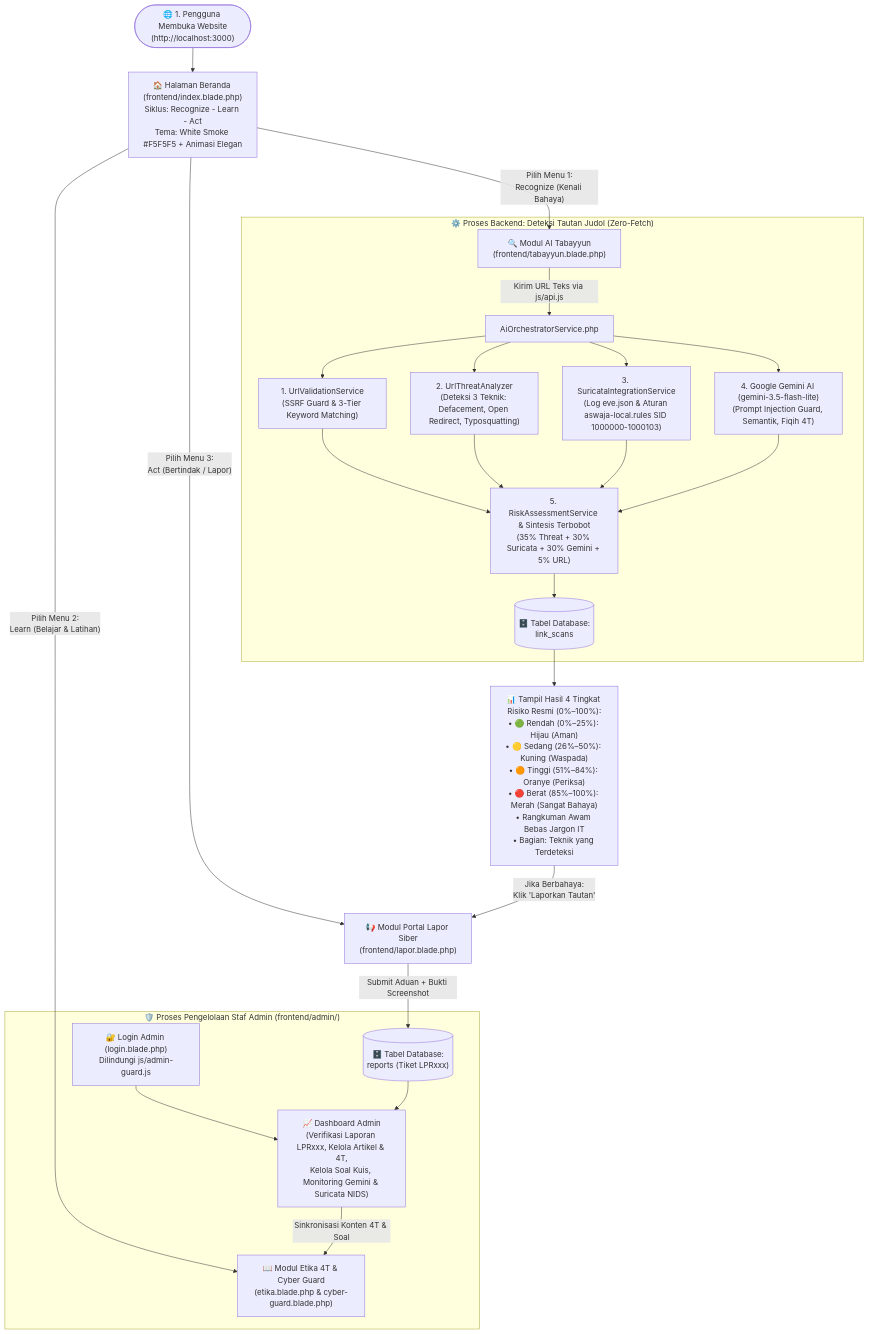
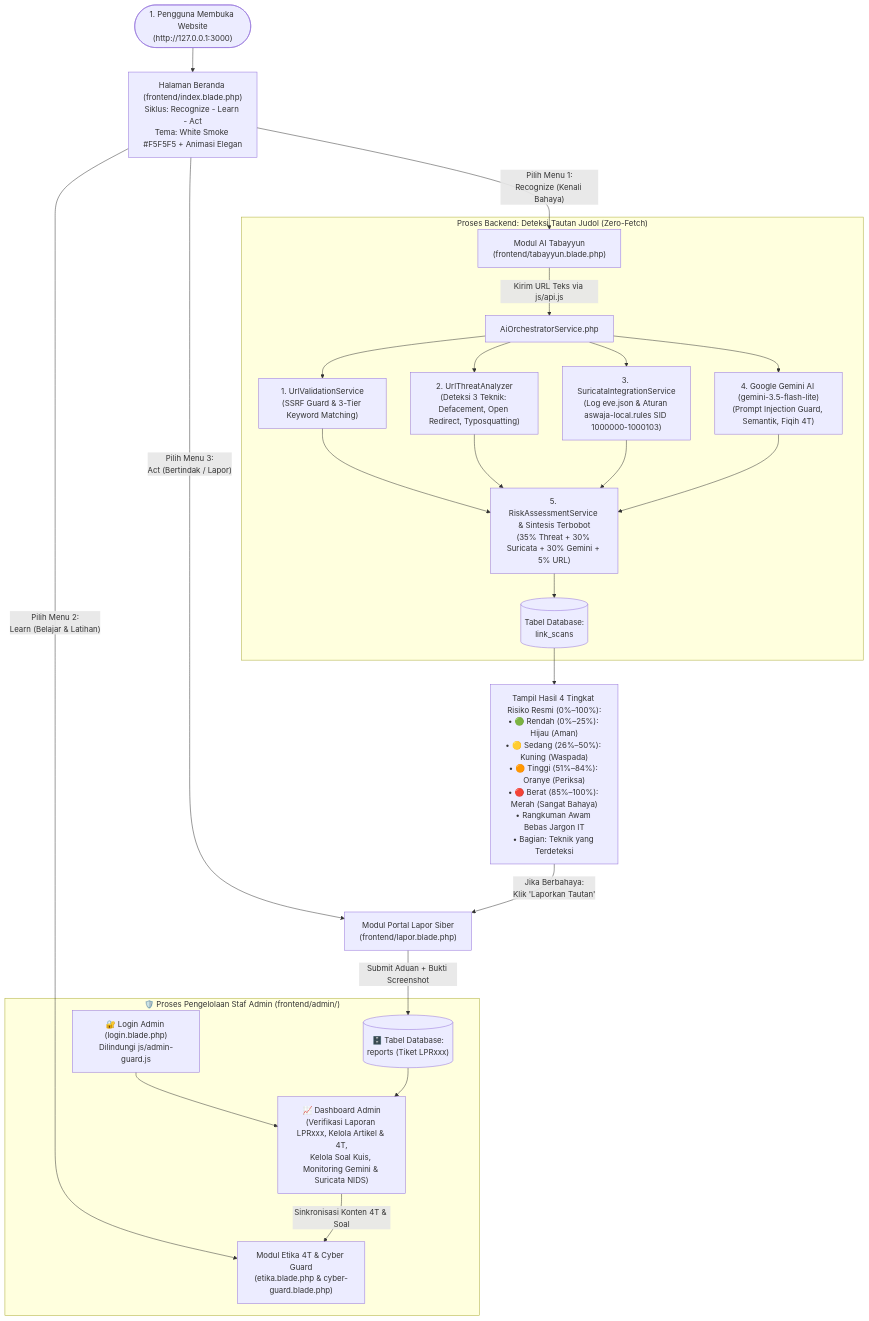
One commit to makecoding2110-beep/aswaja_cybershield changed the diagram in SISTEM_KERJA_WEB.md. Above: the diagram before and after it, drawn with Mermaid. The commit also changed other lines of this file, not shown here.

Commit message:
rapikan teks

````diff
--- a/SISTEM_KERJA_WEB.md
+++ b/SISTEM_KERJA_WEB.md
@@ -10,32 +10,32 @@
 ```mermaid
 flowchart TD
-    Start(["🌐 1. Pengguna Membuka Website\n(http://localhost:3000)"]) --> Landing["🏠 Halaman Beranda (frontend/index.blade.php)\nSiklus: Recognize - Learn - Act\nTema: White Smoke #F5F5F5 + Animasi Elegan"]
+    Start(["1. Pengguna Membuka Website\n(http://127.0.0.1:3000)"]) --> Landing[" Halaman Beranda (frontend/index.blade.php)\nSiklus: Recognize - Learn - Act\nTema: White Smoke #F5F5F5 + Animasi Elegan"]
 
-    Landing -->|"Pilih Menu 1:\nRecognize (Kenali Bahaya)"| Tabayyun["🔍 Modul AI Tabayyun\n(frontend/tabayyun.blade.php)"]
-    Landing -->|"Pilih Menu 2:\nLearn (Belajar & Latihan)"| Learn["📖 Modul Etika 4T & Cyber Guard\n(etika.blade.php & cyber-guard.blade.php)"]
-    Landing -->|"Pilih Menu 3:\nAct (Bertindak / Lapor)"| Lapor["📢 Modul Portal Lapor Siber\n(frontend/lapor.blade.php)"]
+    Landing -->|"Pilih Menu 1:\nRecognize (Kenali Bahaya)"| Tabayyun["Modul AI Tabayyun\n(frontend/tabayyun.blade.php)"]
+    Landing -->|"Pilih Menu 2:\nLearn (Belajar & Latihan)"| Learn["Modul Etika 4T & Cyber Guard\n(etika.blade.php & cyber-guard.blade.php)"]
+    Landing -->|"Pilih Menu 3:\nAct (Bertindak / Lapor)"| Lapor["Modul Portal Lapor Siber\n(frontend/lapor.blade.php)"]
 
-    subgraph MesinDeteksi["⚙️ Proses Backend: Deteksi Tautan Judol (Zero-Fetch)"]
+    subgraph MesinDeteksi["Proses Backend: Deteksi Tautan Judol (Zero-Fetch)"]
         Tabayyun -->|"Kirim URL Teks via js/api.js"| Orch["AiOrchestratorService.php"]
         Orch --> Step1["1. UrlValidationService\n(SSRF Guard & 3-Tier Keyword Matching)"]
         Orch --> Step2["2. UrlThreatAnalyzer\n(Deteksi 3 Teknik: Defacement, Open Redirect, Typosquatting)"]
         Orch --> Step3["3. SuricataIntegrationService\n(Log eve.json & Aturan aswaja-local.rules SID 1000000-1000103)"]
         Orch --> Step4["4. Google Gemini AI (gemini-3.5-flash-lite)\n(Prompt Injection Guard, Semantik, Fiqih 4T)"]
         Step1 --> Step5["5. RiskAssessmentService & Sintesis Terbobot\n(35% Threat + 30% Suricata + 30% Gemini + 5% URL)"]
         Step2 --> Step5
         Step3 --> Step5
         Step4 --> Step5
-        Step5 --> DBScan[("🗄️ Tabel Database:\nlink_scans")]
+        Step5 --> DBScan[("Tabel Database:\nlink_scans")]
     end
 
-    DBScan --> HasilUI["📊 Tampil Hasil 4 Tingkat Risiko Resmi (0%–100%):\n• 🟢 Rendah (0%–25%): Hijau (Aman)\n• 🟡 Sedang (26%–50%): Kuning (Waspada)\n• 🟠 Tinggi (51%–84%): Oranye (Periksa)\n• 🔴 Berat (85%–100%): Merah (Sangat Bahaya)\n• Rangkuman Awam Bebas Jargon IT\n• Bagian: Teknik yang Terdeteksi"]
+    DBScan --> HasilUI["Tampil Hasil 4 Tingkat Risiko Resmi (0%–100%):\n• 🟢 Rendah (0%–25%): Hijau (Aman)\n• 🟡 Sedang (26%–50%): Kuning (Waspada)\n• 🟠 Tinggi (51%–84%): Oranye (Periksa)\n• 🔴 Berat (85%–100%): Merah (Sangat Bahaya)\n• Rangkuman Awam Bebas Jargon IT\n• Bagian: Teknik yang Terdeteksi"]
     HasilUI -->|"Jika Berbahaya:\nKlik 'Laporkan Tautan'"| Lapor
 
     Lapor -->|"Submit Aduan + Bukti Screenshot"| DBReport[("🗄️ Tabel Database:\nreports (Tiket LPRxxx)")]
 
     subgraph PanelAdmin["🛡️ Proses Pengelolaan Staf Admin (frontend/admin/)"]
         AdminLogin["🔐 Login Admin (login.blade.php)\nDilindungi js/admin-guard.js"] --> AdminDash["📈 Dashboard Admin\n(Verifikasi Laporan LPRxxx, Kelola Artikel & 4T,\nKelola Soal Kuis, Monitoring Gemini & Suricata NIDS)"]
         DBReport --> AdminDash
         AdminDash -->|"Sinkronisasi Konten 4T & Soal"| Learn
     end
 ```
````
